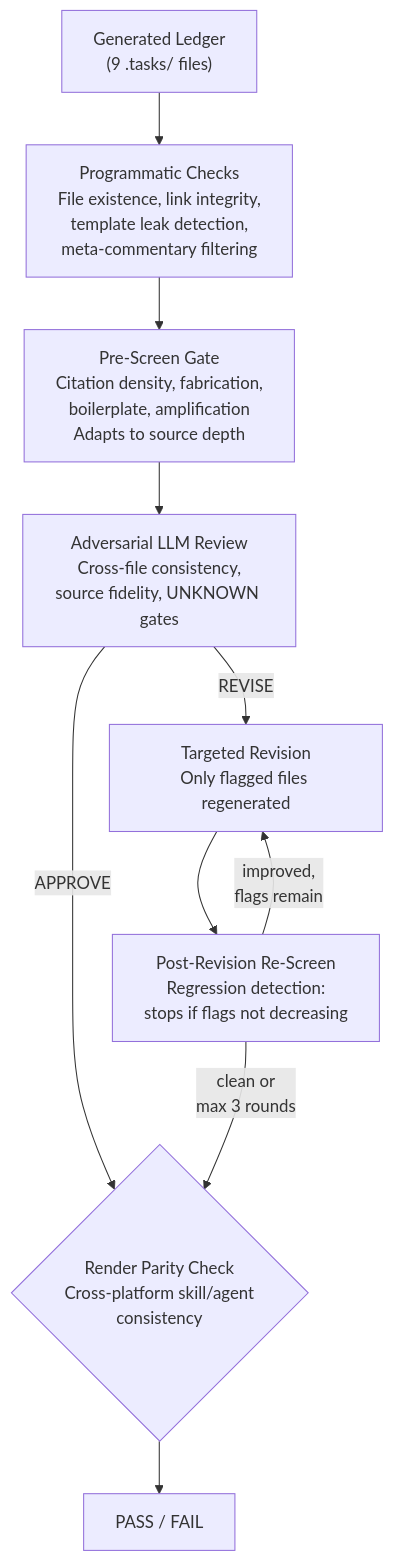
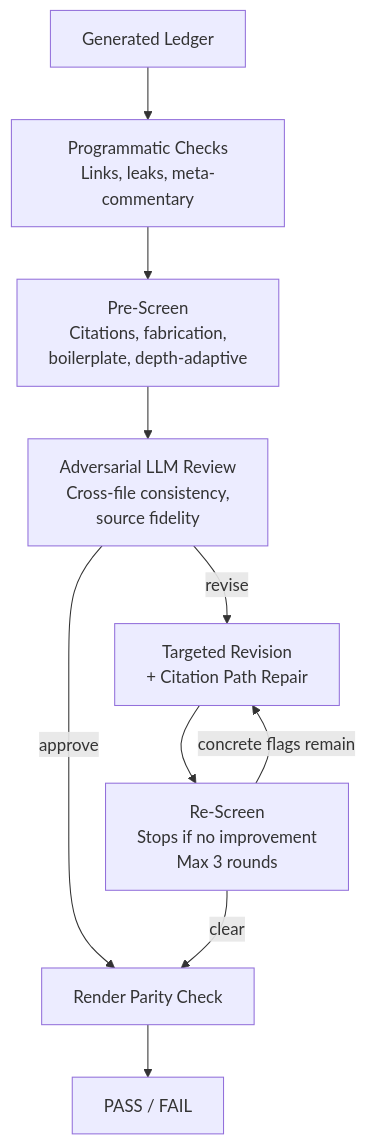
The third of 3 diagrams in README.md (op7ic/SwarmMaker), drawn with Mermaid before and after one commit. The commit also changed other lines of this file, not shown here.

First line of the commit message:
Fix Mermaid charts: clean linear flows, no duplicate paths

````diff
--- a/README.md
+++ b/README.md
@@ -238,12 +236,12 @@
 ```mermaid
 graph TD
-    LEDGER["Generated Ledger<br/>(9 .tasks/ files)"] --> PROG["Programmatic Checks<br/>File existence, link integrity,<br/>template leak detection,<br/>meta-commentary filtering"]
-    PROG --> PRE["Pre-Screen Gate<br/>Citation density, fabrication,<br/>boilerplate, amplification<br/>Adapts to source depth"]
-    PRE --> REVIEW["Adversarial LLM Review<br/>Cross-file consistency,<br/>source fidelity, UNKNOWN gates"]
-    REVIEW -->|APPROVE| PARITY
-    REVIEW -->|REVISE| REVISE["Targeted Revision<br/>Only flagged files regenerated"]
-    REVISE --> RESCREEN["Post-Revision Re-Screen<br/>Regression detection:<br/>stops if flags not decreasing"]
-    RESCREEN -->|improved,<br/>flags remain| REVISE
-    RESCREEN -->|clean or<br/>max 3 rounds| PARITY
-    PARITY{"Render Parity Check<br/>Cross-platform skill/agent<br/>consistency"} --> RESULT["PASS / FAIL"]
+    LEDGER["Generated Ledger"] --> PROG["Programmatic Checks<br/>Links, leaks, meta-commentary"]
+    PROG --> PRE["Pre-Screen<br/>Citations, fabrication,<br/>boilerplate, depth-adaptive"]
+    PRE --> REVIEW["Adversarial LLM Review<br/>Cross-file consistency,<br/>source fidelity"]
+    REVIEW -->|approve| PARITY
+    REVIEW -->|revise| REVISE["Targeted Revision<br/>+ Citation Path Repair"]
+    REVISE --> RECHECK["Re-Screen<br/>Stops if no improvement<br/>Max 3 rounds"]
+    RECHECK -->|concrete flags remain| REVISE
+    RECHECK -->|clear| PARITY
+    PARITY["Render Parity Check"] --> RESULT["PASS / FAIL"]
 ```
````
